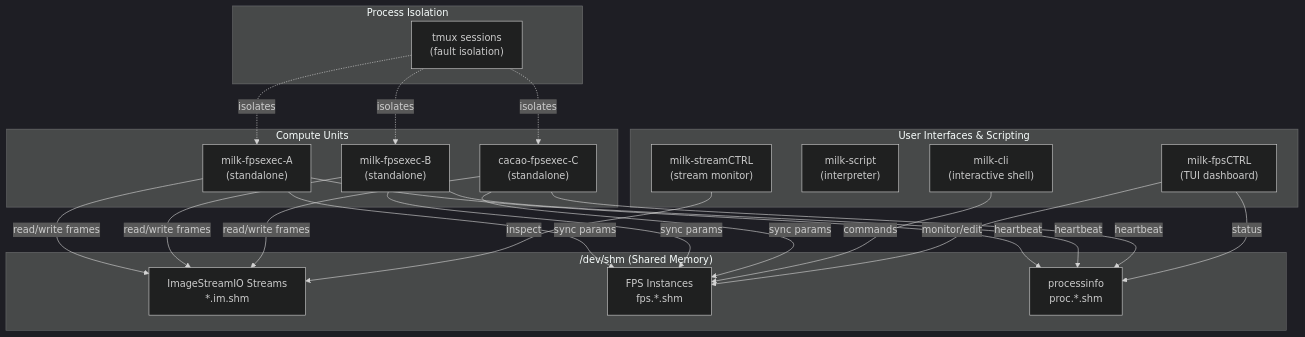
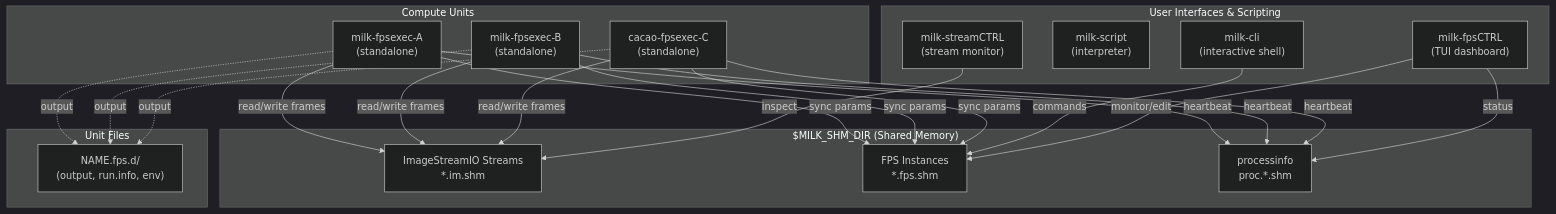
The diagram in docs/arch/programmers_guide.md (milk-org/milk), drawn with Mermaid (dark theme) before and after one commit. The commit also changed other lines of this file and 64 other files, not shown here.

First line of the commit message:
docs: update user guides, architecture references, and agent workflows for bash-engine and milk-CTRL

````diff
--- a/docs/arch/programmers_guide.md
+++ b/docs/arch/programmers_guide.md
@@ -34,44 +34,44 @@
 ```mermaid
 graph TD
     subgraph "User Interfaces & Scripting"
         CLI["milk-cli<br/>(interactive shell)"]
         SCRIPT["milk-script<br/>(interpreter)"]
         TUI["milk-fpsCTRL<br/>(TUI dashboard)"]
         SCTRL["milk-streamCTRL<br/>(stream monitor)"]
     end
 
-    subgraph "/dev/shm (Shared Memory)"
+    subgraph "$MILK_SHM_DIR (Shared Memory)"
         SHM["ImageStreamIO Streams<br/>*.im.shm"]
-        FPSSHM["FPS Instances<br/>fps.*.shm"]
+        FPSSHM["FPS Instances<br/>*.fps.shm"]
         PINFO["processinfo<br/>proc.*.shm"]
     end
 
     subgraph "Compute Units"
         SA["milk-fpsexec-A<br/>(standalone)"]
         SB["milk-fpsexec-B<br/>(standalone)"]
         SC["cacao-fpsexec-C<br/>(standalone)"]
     end
 
-    subgraph "Process Isolation"
-        TMUX["tmux sessions<br/>(fault isolation)"]
+    subgraph "Unit Files"
+        UDIR["NAME.fps.d/<br/>(output, run.info, env)"]
     end
 
     SA -- "read/write frames" --> SHM
     SB -- "read/write frames" --> SHM
     SC -- "read/write frames" --> SHM
     SA -- "sync params" --> FPSSHM
     SB -- "sync params" --> FPSSHM
     SC -- "sync params" --> FPSSHM
     SA -- "heartbeat" --> PINFO
     SB -- "heartbeat" --> PINFO
     SC -- "heartbeat" --> PINFO
 
     CLI -- "commands" --> FPSSHM
     TUI -- "monitor/edit" --> FPSSHM
     TUI -- "status" --> PINFO
     SCTRL -- "inspect" --> SHM
 
-    TMUX -. "isolates" .-> SA
-    TMUX -. "isolates" .-> SB
-    TMUX -. "isolates" .-> SC
+    SA -. "output" .-> UDIR
+    SB -. "output" .-> UDIR
+    SC -. "output" .-> UDIR
 ```
````
